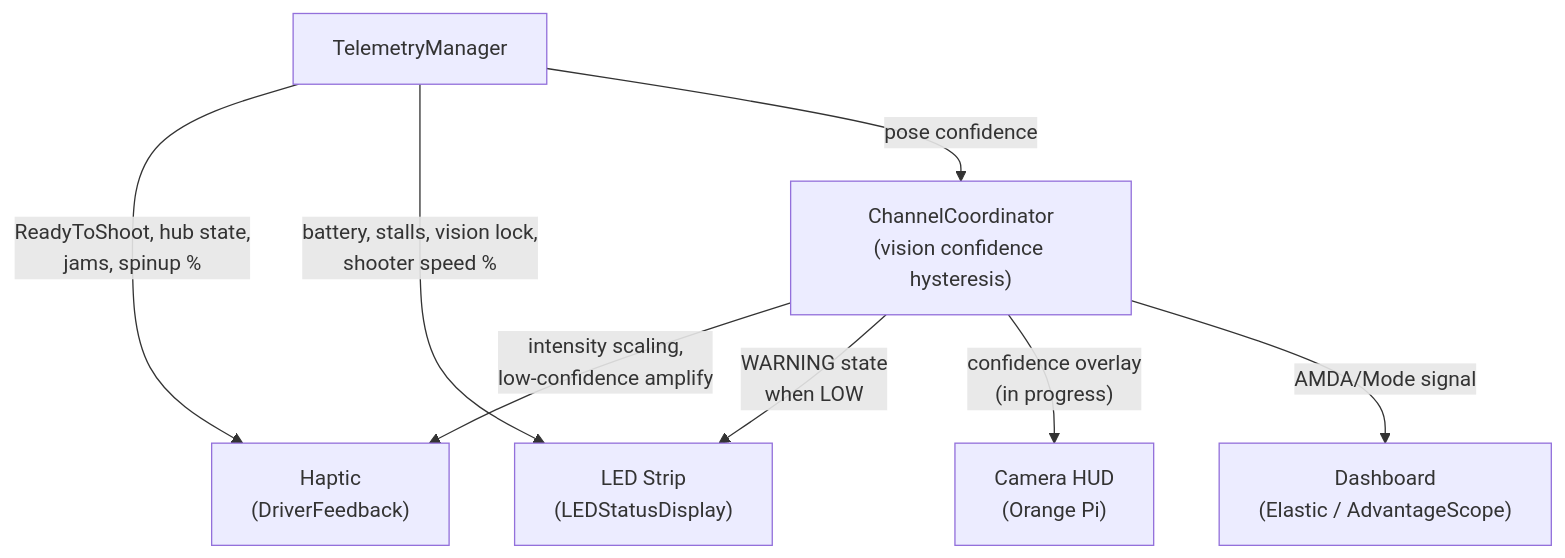
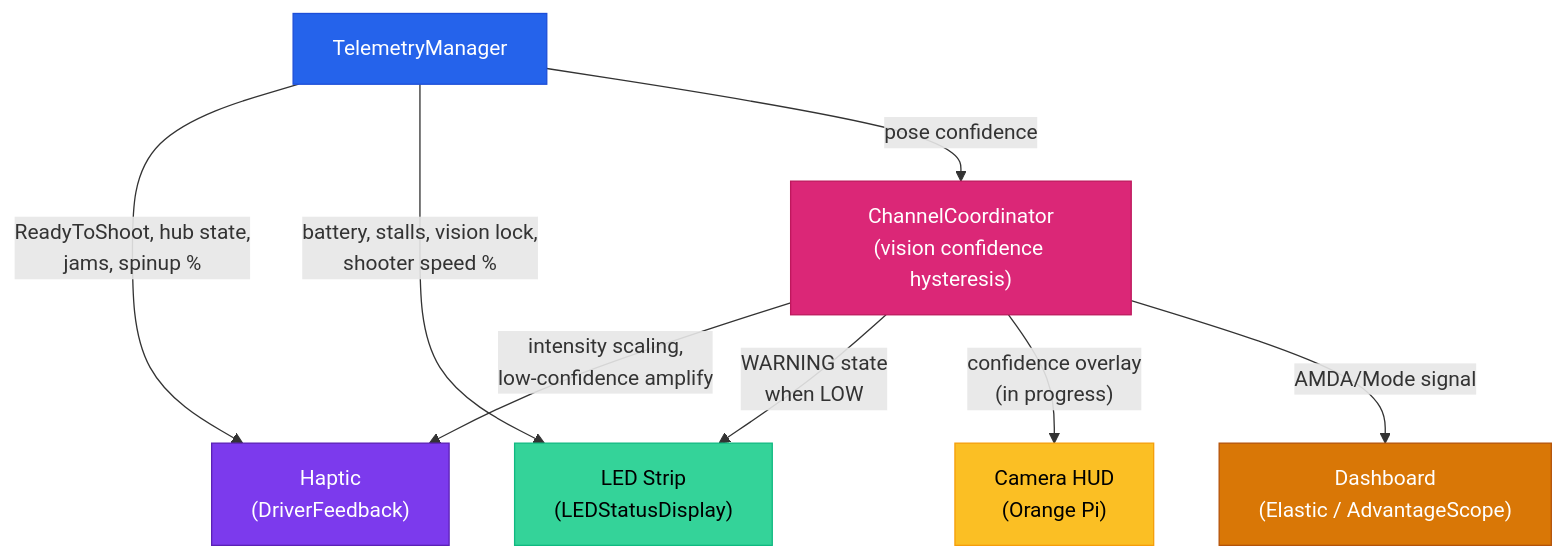
One commit to eeveemara/frc5962-2026-docs changed the first of 2 diagrams in docs/feedback/driver-feedback.md. Above: the diagram before and after it, drawn with Mermaid. The commit also changed other lines of this file and 14 other files, not shown here.

Commit message:
Add explicit colors to all 20 mermaid diagrams for GitBook dark mode

````diff
--- a/docs/feedback/driver-feedback.md
+++ b/docs/feedback/driver-feedback.md
@@ -28,13 +28,20 @@
 ```mermaid
 flowchart TB
     CC["ChannelCoordinator<br/>(vision confidence hysteresis)"]
 
     CC -->|"intensity scaling,<br/>low-confidence amplify"| HAP["Haptic<br/>(DriverFeedback)"]
     CC -->|"WARNING state<br/>when LOW"| LED["LED Strip<br/>(LEDStatusDisplay)"]
     CC -->|"confidence overlay<br/>(in progress)"| HUD["Camera HUD<br/>(Orange Pi)"]
     CC -->|"AMDA/Mode signal"| DASH["Dashboard<br/>(Elastic / AdvantageScope)"]
 
     TM["TelemetryManager"] -->|"ReadyToShoot, hub state,<br/>jams, spinup %"| HAP
     TM -->|"battery, stalls, vision lock,<br/>shooter speed %"| LED
     TM -->|"pose confidence"| CC
+
+    style CC fill:#db2777,stroke:#be185d,color:#fff
+    style HAP fill:#7c3aed,stroke:#5b21b6,color:#fff
+    style LED fill:#34d399,stroke:#10b981,color:#000
+    style HUD fill:#fbbf24,stroke:#f59e0b,color:#000
+    style DASH fill:#d97706,stroke:#b45309,color:#fff
+    style TM fill:#2563eb,stroke:#1d4ed8,color:#fff
 ```
````
